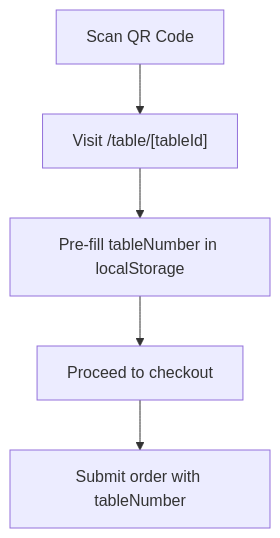
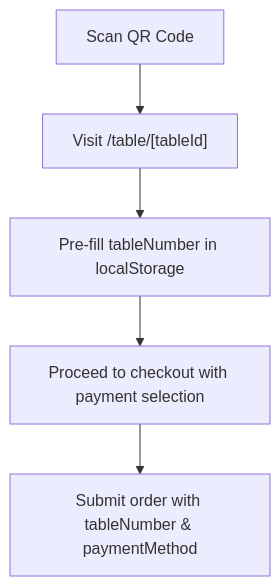
The seventh of 10 diagrams in .qoder/repowiki/en/content/Architecture Overview/Backend Architecture/API Layer/Orders API Endpoints.md (Ice-Nao-Eevee/Tera_Work), drawn with Mermaid before and after one commit. The commit also changed other lines of this file and 55 other files, not shown here.

````diff
--- a/.qoder/repowiki/en/content/Architecture Overview/Backend Architecture/API Layer/Orders API Endpoints.md
+++ b/.qoder/repowiki/en/content/Architecture Overview/Backend Architecture/API Layer/Orders API Endpoints.md
@@ -321,7 +342,7 @@
 ```mermaid
 flowchart TD
 ScanQR["Scan QR Code"] --> TablePage["Visit /table/[tableId]"]
 TablePage --> Prefill["Pre-fill tableNumber in localStorage"]
-Prefill --> Checkout["Proceed to checkout"]
-Checkout --> SubmitOrder["Submit order with tableNumber"]
+Prefill --> Checkout["Proceed to checkout with payment selection"]
+Checkout --> SubmitOrder["Submit order with tableNumber & paymentMethod"]
 ```
````
